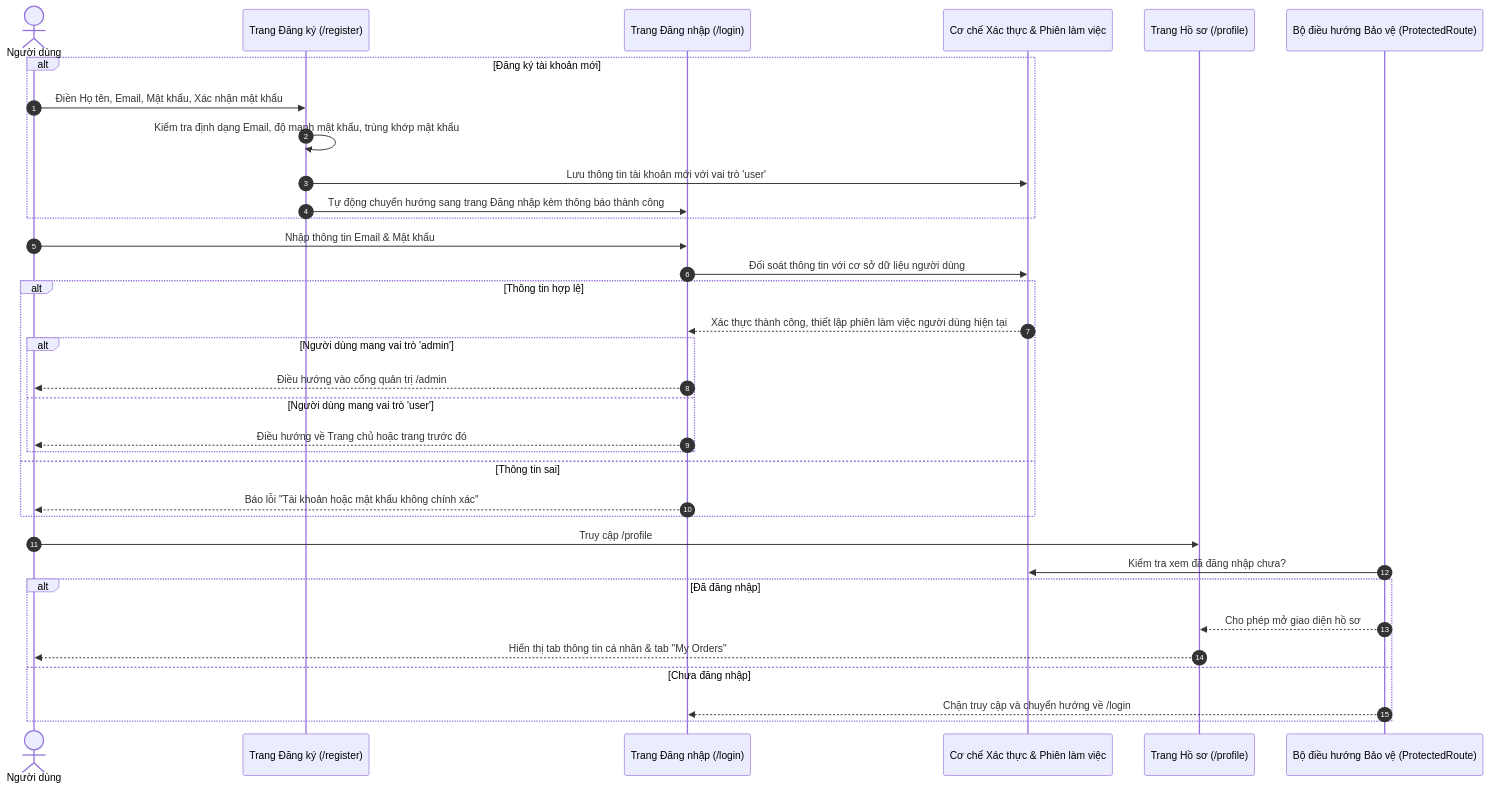
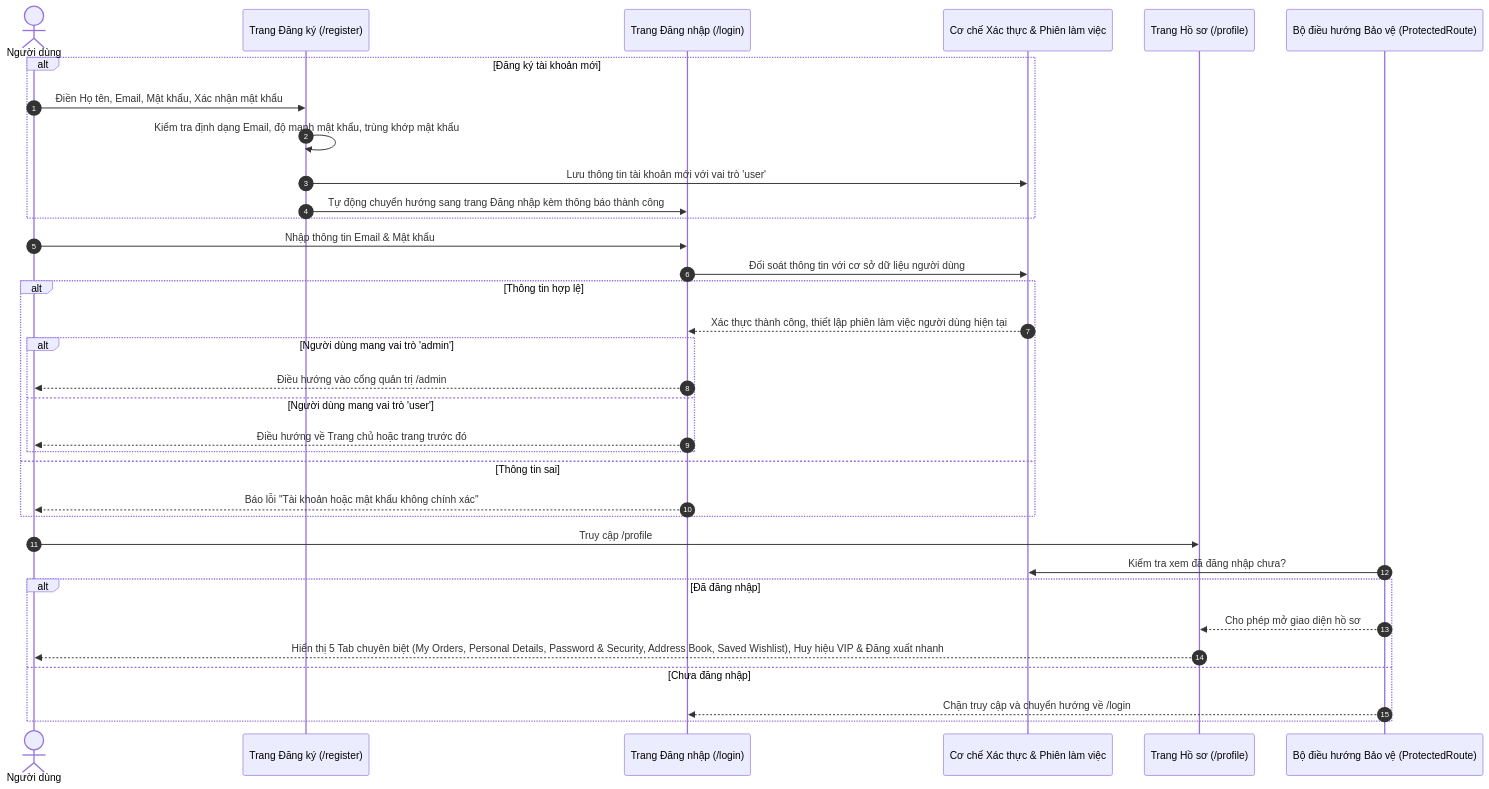
The fifth of 6 diagrams in PHAN_TICH_HE_THONG_LUNE_STORE.md (khanhlinhz2k4-max/FER202_Group1_Project_Shop_Luna_Fashion_Store), drawn with Mermaid before and after one commit. The commit also changed other lines of this file and 4 other files, not shown here.

````diff
--- a/PHAN_TICH_HE_THONG_LUNE_STORE.md
+++ b/PHAN_TICH_HE_THONG_LUNE_STORE.md
@@ -196,39 +196,39 @@
 ```mermaid
 sequenceDiagram
     autonumber
     actor User as Người dùng
     participant Reg as Trang Đăng ký (/register)
     participant Log as Trang Đăng nhập (/login)
     participant Auth as Cơ chế Xác thực & Phiên làm việc
     participant Prof as Trang Hồ sơ (/profile)
     participant Route as Bộ điều hướng Bảo vệ (ProtectedRoute)
 
     alt Đăng ký tài khoản mới
         User->>Reg: Điền Họ tên, Email, Mật khẩu, Xác nhận mật khẩu
         Reg->>Reg: Kiểm tra định dạng Email, độ mạnh mật khẩu, trùng khớp mật khẩu
         Reg->>Auth: Lưu thông tin tài khoản mới với vai trò 'user'
         Reg->>Log: Tự động chuyển hướng sang trang Đăng nhập kèm thông báo thành công
     end
 
     User->>Log: Nhập thông tin Email & Mật khẩu
     Log->>Auth: Đối soát thông tin với cơ sở dữ liệu người dùng
     alt Thông tin hợp lệ
         Auth-->>Log: Xác thực thành công, thiết lập phiên làm việc người dùng hiện tại
         alt Người dùng mang vai trò 'admin'
             Log-->>User: Điều hướng vào cổng quản trị /admin
         else Người dùng mang vai trò 'user'
             Log-->>User: Điều hướng về Trang chủ hoặc trang trước đó
         end
     else Thông tin sai
         Log-->>User: Báo lỗi "Tài khoản hoặc mật khẩu không chính xác"
     end
 
     User->>Prof: Truy cập /profile
     Route->>Auth: Kiểm tra xem đã đăng nhập chưa?
     alt Đã đăng nhập
         Route-->>Prof: Cho phép mở giao diện hồ sơ
-        Prof-->>User: Hiển thị tab thông tin cá nhân & tab "My Orders"
+        Prof-->>User: Hiển thị 5 Tab chuyên biệt (My Orders, Personal Details, Password & Security, Address Book, Saved Wishlist), Huy hiệu VIP & Đăng xuất nhanh
     else Chưa đăng nhập
         Route-->>Log: Chặn truy cập và chuyển hướng về /login
     end
 ```
````
